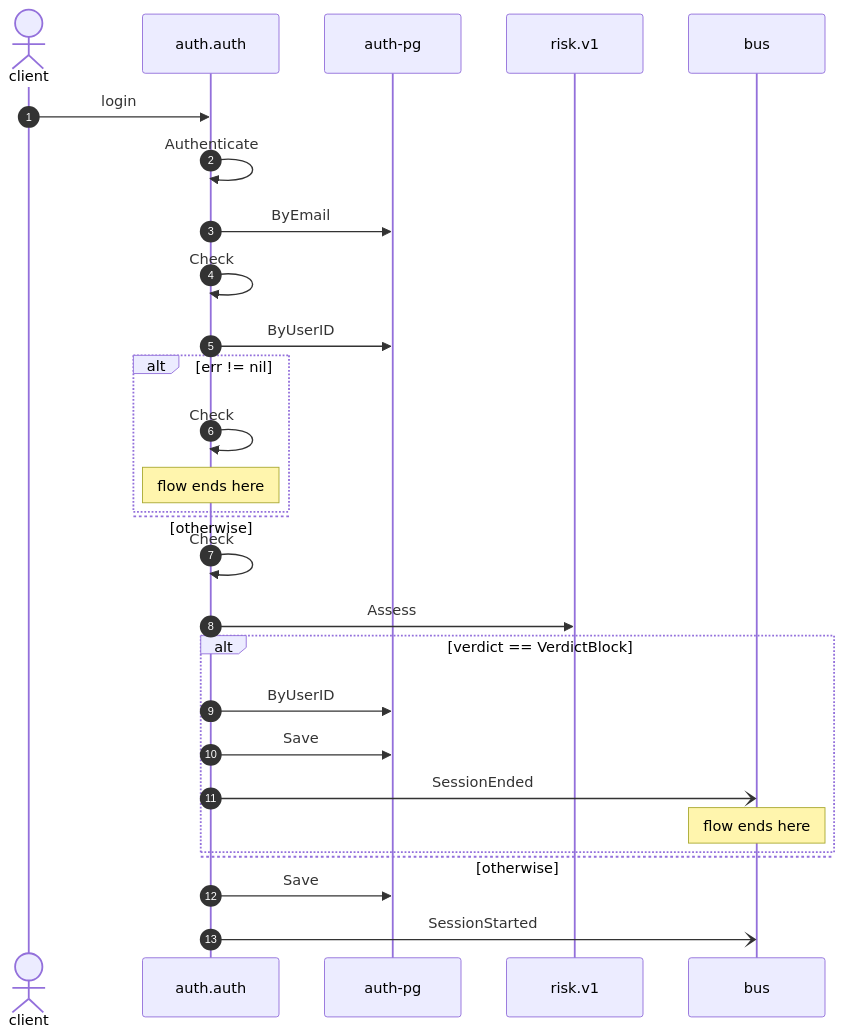
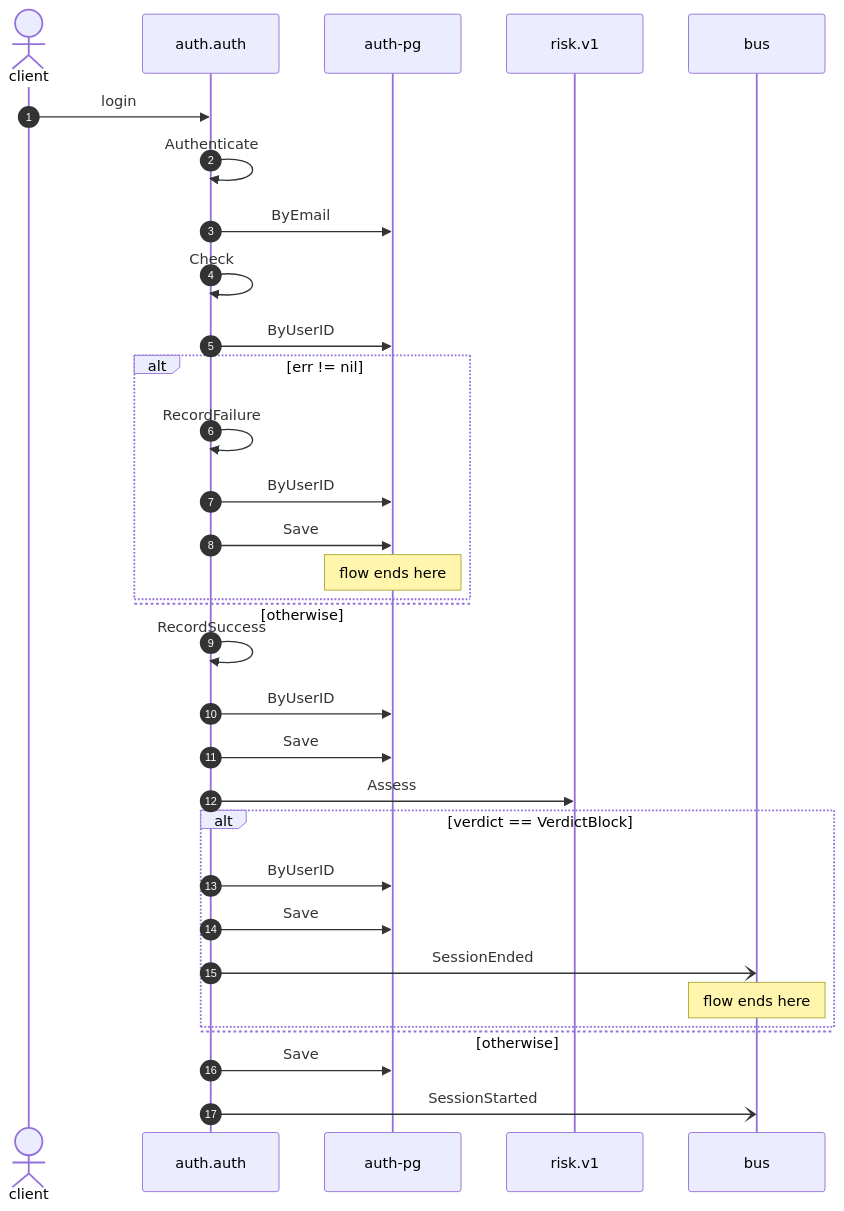
One commit to shortlink-org/portolan changed the diagram in docs/flows/auth-login.md. Above: the diagram before and after it, drawn with Mermaid. The commit also changed other lines of this file and 54 other files, not shown here.

````diff
--- a/docs/flows/auth-login.md
+++ b/docs/flows/auth-login.md
@@ -23,30 +23,34 @@
 ```mermaid
 sequenceDiagram
     autonumber
     actor p0 as client
     participant p1 as auth.auth
     participant p2 as auth-pg
     participant p3 as risk.v1
     participant p4 as bus
     p0->>p1: login
     p1->>p1: Authenticate
     p1->>p2: ByEmail
     p1->>p1: Check
     p1->>p2: ByUserID
     alt err != nil
-        p1->>p1: Check
-        Note over p1: flow ends here
+        p1->>p1: RecordFailure
+        p1->>p2: ByUserID
+        p1->>p2: Save
+        Note over p2: flow ends here
     else otherwise
     end
-    p1->>p1: Check
+    p1->>p1: RecordSuccess
+    p1->>p2: ByUserID
+    p1->>p2: Save
     p1->>p3: Assess
     alt verdict == VerdictBlock
         p1->>p2: ByUserID
         p1->>p2: Save
         p1-)p4: SessionEnded
         Note over p4: flow ends here
     else otherwise
     end
     p1->>p2: Save
     p1-)p4: SessionStarted
 ```
````
